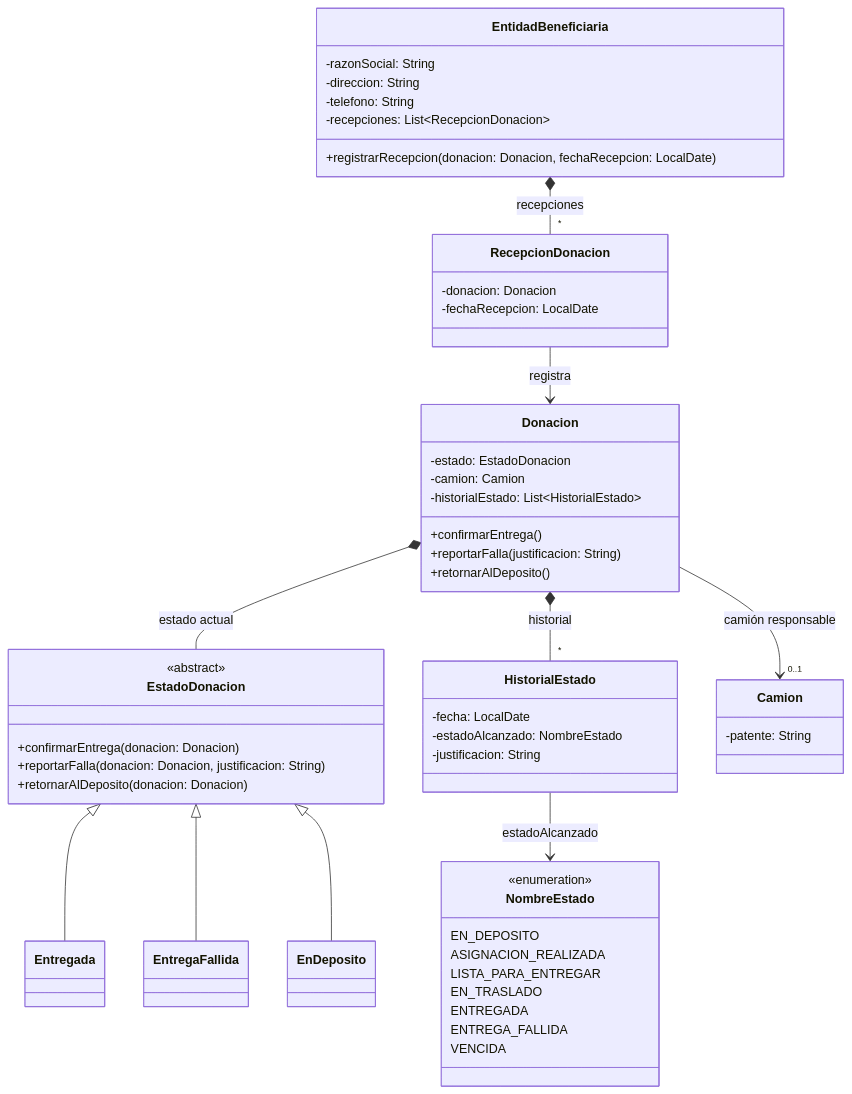
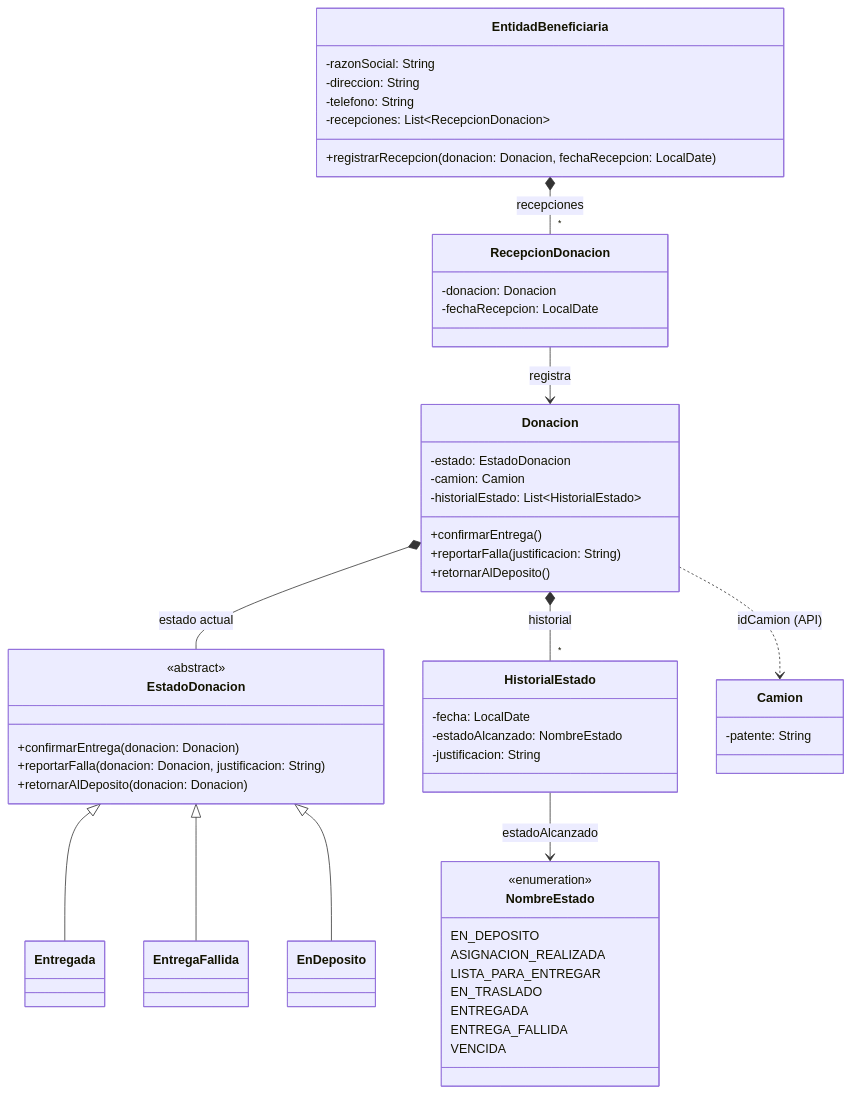
The diagram in docs/diagramas-por-requerimiento/e2-req8-recepcion-entrega.mermaid (eonishi/tp-dds-2026-donatrack), drawn with Mermaid before and after one commit. The commit also changed 11 other files, not shown here.

```diff
--- a/docs/diagramas-por-requerimiento/e2-req8-recepcion-entrega.mermaid
+++ b/docs/diagramas-por-requerimiento/e2-req8-recepcion-entrega.mermaid
@@ -1,66 +1,66 @@
 %% ============================================================================
 %% ENTREGA 2 — Requerimiento 8
 %% "El sistema debe gestionar la recepción de la entrega por parte de las
 %%  entidades beneficiarias en todos los casos."
 %% Confirmación exitosa (Entregada) o fallida (Entrega fallida + retorno).
 %% Fragmento mínimo del dominio involucrado.
 %% ============================================================================
 classDiagram
     direction TB
 
     class EntidadBeneficiaria {
         -razonSocial: String
         -direccion: String
         -telefono: String
         -recepciones: List~RecepcionDonacion~
         +registrarRecepcion(donacion: Donacion, fechaRecepcion: LocalDate)
     }
     class RecepcionDonacion {
         -donacion: Donacion
         -fechaRecepcion: LocalDate
     }
     class Donacion {
         -estado: EstadoDonacion
         -camion: Camion
         -historialEstado: List~HistorialEstado~
         +confirmarEntrega()
         +reportarFalla(justificacion: String)
         +retornarAlDeposito()
     }
     class EstadoDonacion {
         <<abstract>>
         +confirmarEntrega(donacion: Donacion)
         +reportarFalla(donacion: Donacion, justificacion: String)
         +retornarAlDeposito(donacion: Donacion)
     }
     class Entregada
     class EntregaFallida
     class EnDeposito
     class HistorialEstado {
         -fecha: LocalDate
         -estadoAlcanzado: NombreEstado
         -justificacion: String
     }
     class Camion {
         -patente: String
     }
     class NombreEstado {
         <<enumeration>>
         EN_DEPOSITO
         ASIGNACION_REALIZADA
         LISTA_PARA_ENTREGAR
         EN_TRASLADO
         ENTREGADA
         ENTREGA_FALLIDA
         VENCIDA
     }
 
     EntidadBeneficiaria *-- "*" RecepcionDonacion : recepciones
     RecepcionDonacion --> Donacion : registra
     Donacion *-- EstadoDonacion : estado actual
-    Donacion --> "0..1" Camion : camión responsable
+    Donacion ..> Camion : idCamion (API)
     Donacion *-- "*" HistorialEstado : historial
     EstadoDonacion <|-- Entregada
     EstadoDonacion <|-- EntregaFallida
     EstadoDonacion <|-- EnDeposito
     HistorialEstado --> NombreEstado : estadoAlcanzado
```
